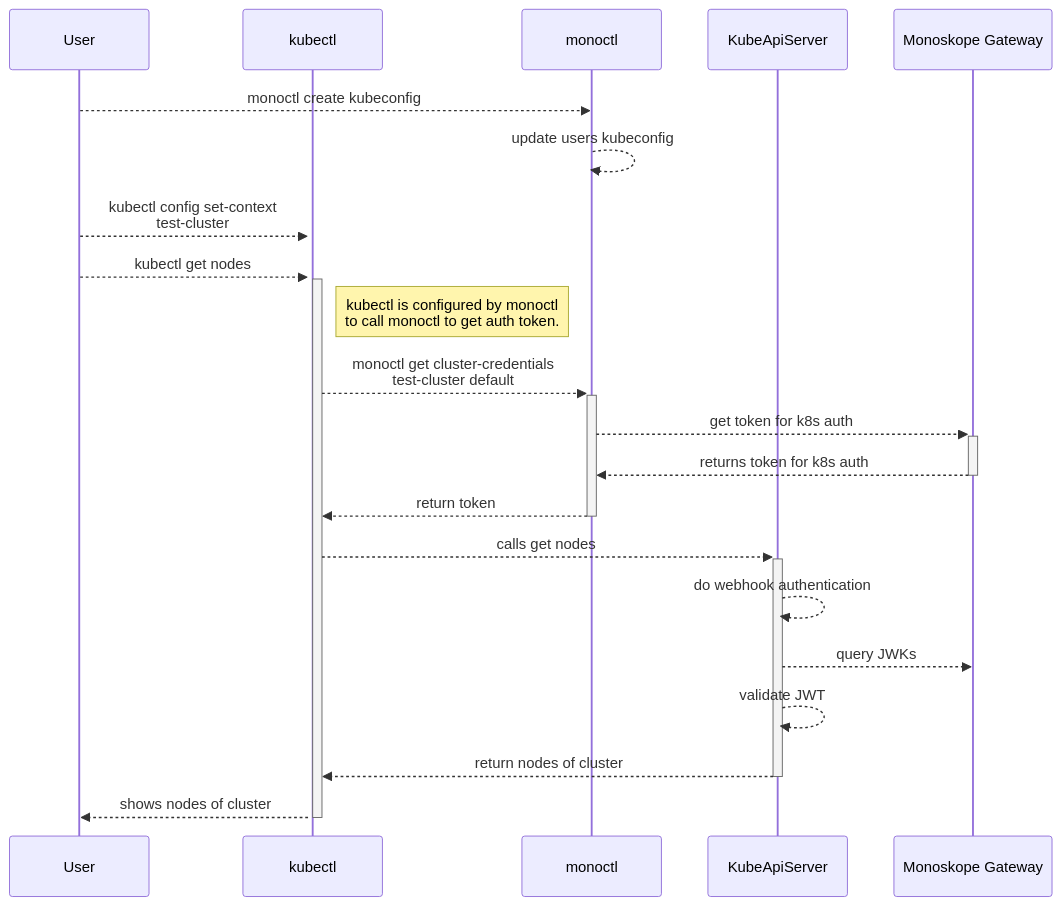
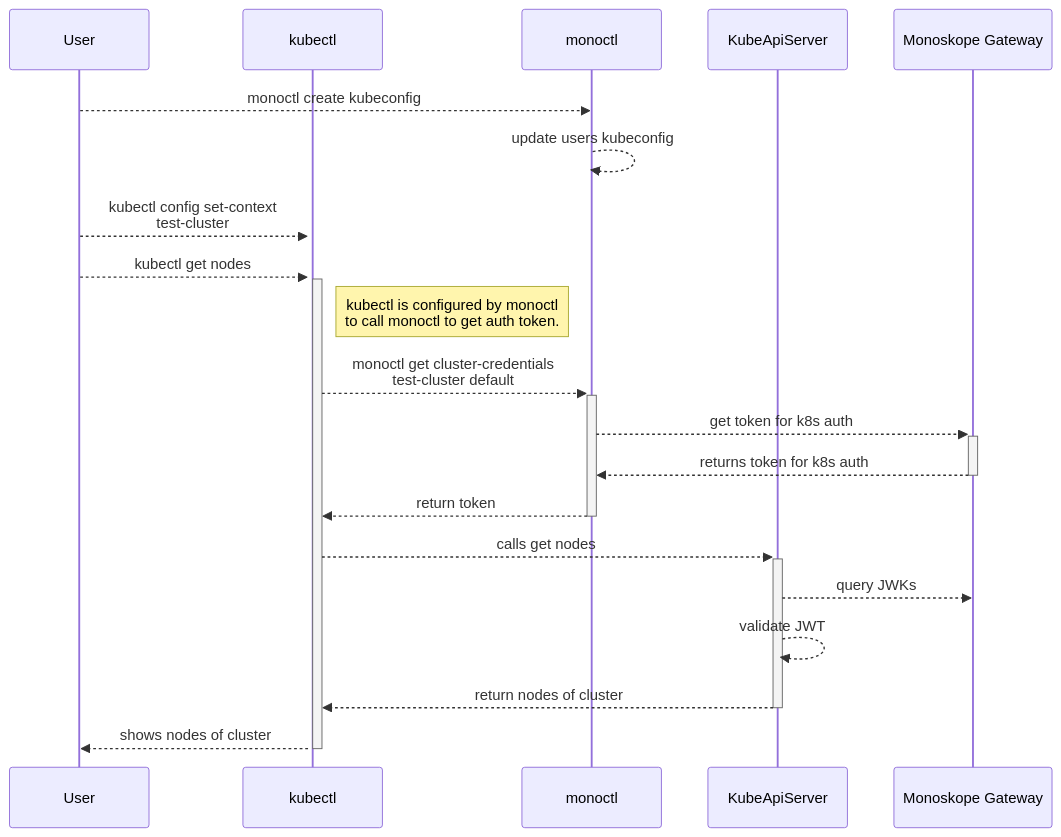
One commit to finleap-connect/monoskope changed the diagram in docs/diagrams/04-cluster-auth-flow.md. Above: the diagram before and after it, drawn with Mermaid.

Commit message:
Update 04-cluster-auth-flow.md
Remove wrong step

````diff
--- a/docs/diagrams/04-cluster-auth-flow.md
+++ b/docs/diagrams/04-cluster-auth-flow.md
@@ -12,23 +12,22 @@
 ```mermaid
 sequenceDiagram
     participant U as User
     participant K as kubectl
     participant m8ctl as monoctl
     participant A as KubeApiServer
     participant G as Monoskope Gateway
     U-->>m8ctl: monoctl create kubeconfig
     m8ctl-->>m8ctl: update users kubeconfig
     U-->>+K: kubectl config set-context <br>test-cluster
     U-->>+K: kubectl get nodes
     Note right of K: kubectl is configured by monoctl<br>to call monoctl to get auth token.
     K-->>+m8ctl: monoctl get cluster-credentials <br>test-cluster default
     m8ctl-->>+G: get token for k8s auth
     G-->>-m8ctl: returns token for k8s auth
     m8ctl-->>-K: return token
     K-->>+A: calls get nodes
-    A-->>A: do webhook authentication
     A-->>G: query JWKs
     A-->>A: validate JWT
     A-->>-K: return nodes of cluster
     K-->>-U: shows nodes of cluster
 ```
````
